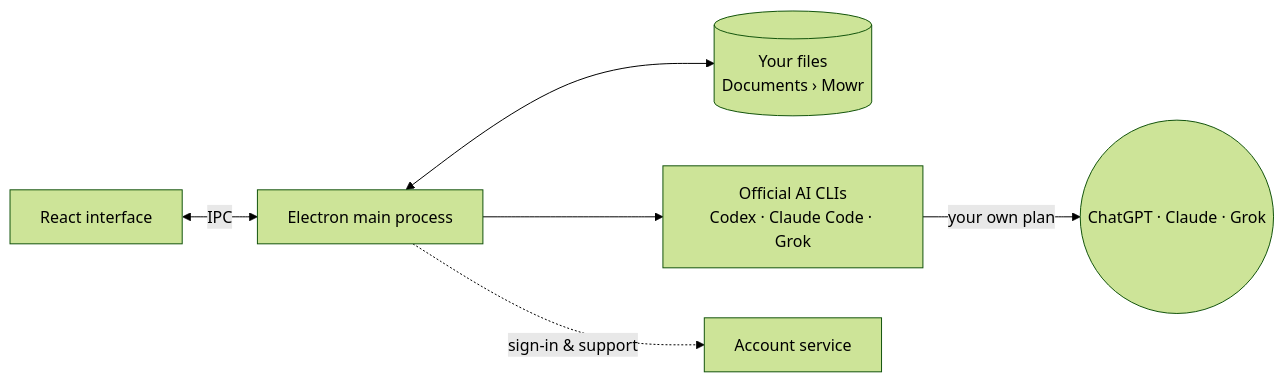
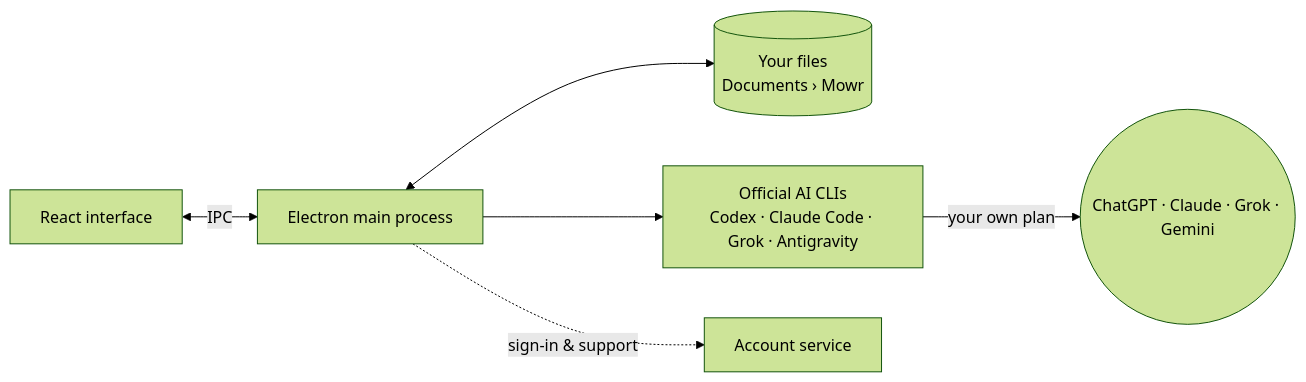
One commit to mowfxy/clem changed the diagram in README.md. Above: the diagram before and after it, drawn with Mermaid (forest theme). The commit also changed other lines of this file and 29 other files, not shown here.

First line of the commit message:
Add Antigravity as a provider, through Google's official ACP agent

````diff
--- a/README.md
+++ b/README.md
@@ -106,8 +106,8 @@
 ```mermaid
 flowchart LR
   UI["React interface"] <-- IPC --> Main["Electron main process"]
   Main <--> Files[("Your files<br/>Documents › Mowr")]
-  Main --> CLI["Official AI CLIs<br/>Codex · Claude Code · Grok"]
-  CLI -- "your own plan" --> AI(("ChatGPT · Claude · Grok"))
+  Main --> CLI["Official AI CLIs<br/>Codex · Claude Code · Grok · Antigravity"]
+  CLI -- "your own plan" --> AI(("ChatGPT · Claude · Grok · Gemini"))
   Main -. "sign-in & support" .-> Acc["Account service"]
 ```
````
